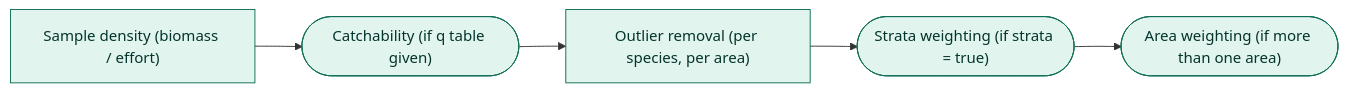
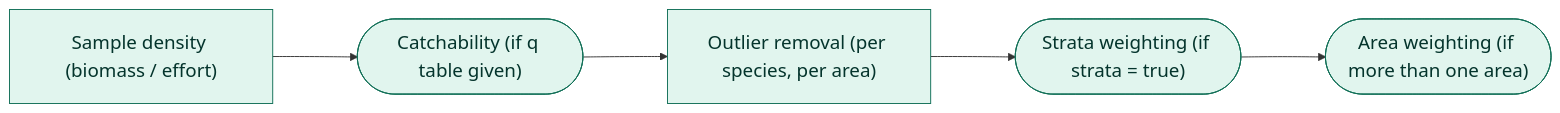
One commit to danielvilasgonzalez/WMed_EwE changed the third of 3 diagrams in scripts/medbs_pipeline_methodology.qmd. Above: the diagram before and after it, drawn with Mermaid. The commit also changed other lines of this file and 25 other files, not shown here.

````diff
--- a/scripts/medbs_pipeline_methodology.qmd
+++ b/scripts/medbs_pipeline_methodology.qmd
@@ -182,14 +339,15 @@
 ```{mermaid}
 %%| label: fig-flow-density-weighting
 %%| fig-cap: "Density and weighting detail (@sec-density, @sec-strata-weighted, @sec-regional) - dashed boxes are conditional steps, skipped if their condition isn't met."
 %%| eval: true
+%%{init: {'flowchart': {'padding': 20, 'nodeSpacing': 60, 'rankSpacing': 90}, 'themeVariables': {'fontSize': '20px'}}}%%
 flowchart LR
     B1["Sample density (biomass / effort)"] --> B2(["Catchability (if q table given)"])
     B2 --> B3["Outlier removal (per species, per area)"]
     B3 --> B4(["Strata weighting (if strata = true)"])
     B4 --> B5(["Area weighting (if more than one area)"])
 
     classDef teal fill:#E1F5EE,stroke:#0F6E56,color:#04342C
     class B1,B3 teal
     class B2,B4,B5 teal
 ```
````
